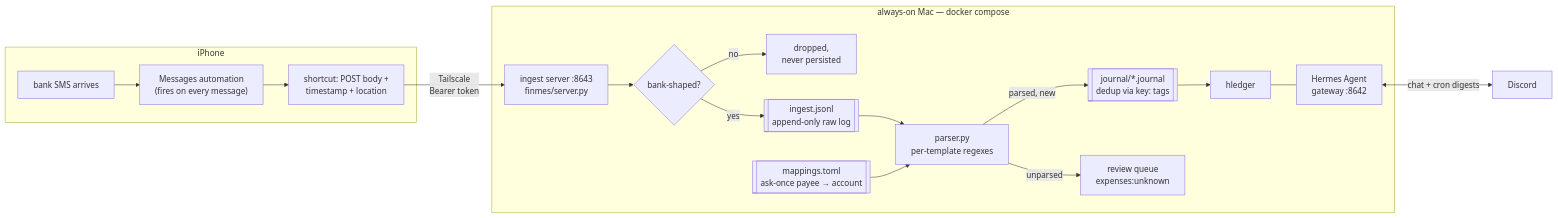
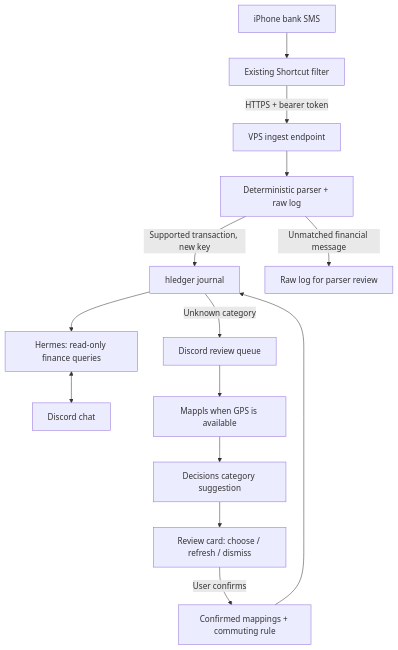
The diagram in README.md (unnxt30/finmes), drawn with Mermaid before and after one commit. The commit also changed other lines of this file, not shown here.

Commit message:
Document current features and Discord Decisions test flow

````diff
--- a/README.md
+++ b/README.md
@@ -16,20 +37,16 @@
 ```mermaid
-flowchart LR
-    subgraph phone [iPhone]
-        A[bank SMS arrives] --> B["Messages automation<br/>(fires on every message)"]
-        B --> C["shortcut: POST body +<br/>timestamp + location"]
-    end
-    C -->|"Tailscale<br/>Bearer token"| D["ingest server :8643<br/>finmes/server.py"]
-    subgraph mac [always-on Mac — docker compose]
-        D --> E{bank-shaped?}
-        E -->|no| X[dropped,<br/>never persisted]
-        E -->|yes| F[["ingest.jsonl<br/>append-only raw log"]]
-        F --> G["parser.py<br/>per-template regexes"]
-        M[["mappings.toml<br/>ask-once payee → account"]] --> G
-        G -->|parsed, new| H[["journal/*.journal<br/>dedup via key: tags"]]
-        G -->|unparsed| R["review queue<br/>expenses:unknown"]
-        H --> I[hledger]
-        I --- J["Hermes Agent<br/>gateway :8642"]
-    end
-    J <-->|chat + cron digests| K[Discord]
+flowchart TD
+    A[iPhone bank SMS] --> B[Existing Shortcut filter]
+    B -->|HTTPS + bearer token| C[VPS ingest endpoint]
+    C --> D[Deterministic parser + raw log]
+    D -->|Supported transaction, new key| E[hledger journal]
+    M[Confirmed mappings + commuting rule] --> E
+    D -->|Unmatched financial message| U[Raw log for parser review]
+    E --> H[Hermes: read-only finance queries]
+    H <--> Q[Discord chat]
+    E -->|Unknown category| R[Discord review queue]
+    R --> P[Mappls when GPS is available]
+    P --> O[Decisions category suggestion]
+    O --> V[Review card: choose / refresh / dismiss]
+    V -->|User confirms| M
 ```
````
